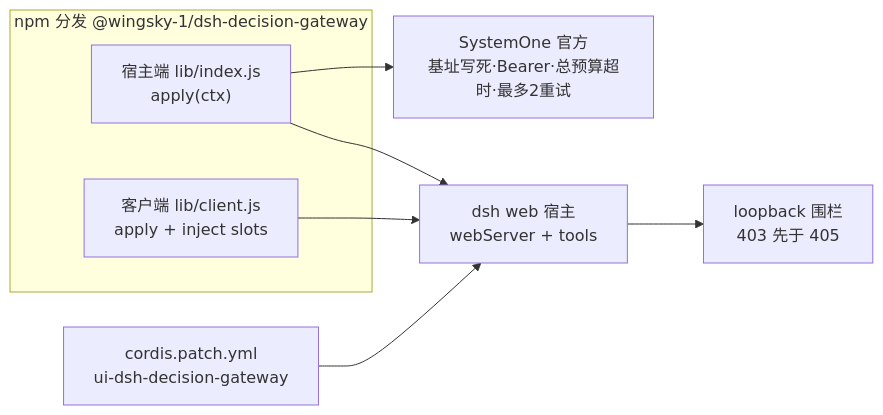
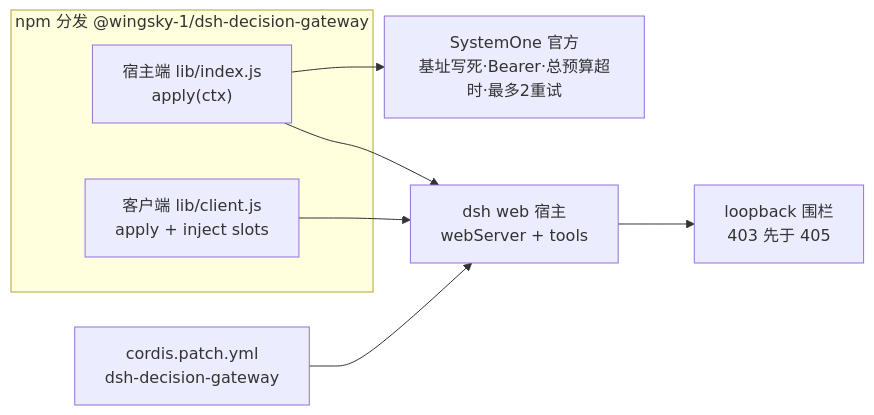
Before and after one commit to wingsky-1/dsh-plugin-hub: the fourth of 4 diagrams in docs/architecture/dsh-decision-gateway.md, drawn with Mermaid. The commit also changed other lines of this file and 37 other files, not shown here.

````diff
--- a/docs/architecture/dsh-decision-gateway.md
+++ b/docs/architecture/dsh-decision-gateway.md
@@ -194,17 +194,17 @@
 ```mermaid
 flowchart LR
     subgraph NPM["npm 分发 @wingsky-1/dsh-decision-gateway"]
         H["宿主端 lib/index.js<br/>apply(ctx)"]
         CL["客户端 lib/client.js<br/>apply + inject slots"]
     end
-    PATCH["cordis.patch.yml<br/>ui-dsh-decision-gateway"]
+    PATCH["cordis.patch.yml<br/>dsh-decision-gateway"]
     HOST["dsh web 宿主<br/>webServer + tools"]
     LOOP["loopback 围栏<br/>403 先于 405"]
     UP["SystemOne 官方<br/>基址写死·Bearer·总预算超时·最多2重试"]
 
     PATCH --> HOST
     H --> HOST
     CL --> HOST
     HOST --> LOOP
     H --> UP
 ```
````
